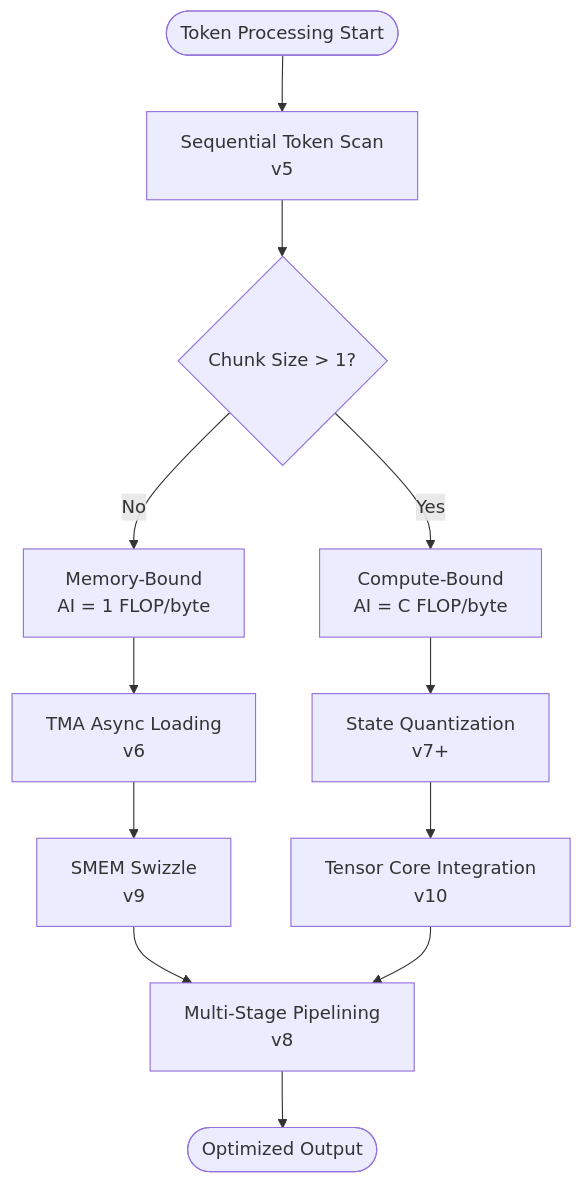
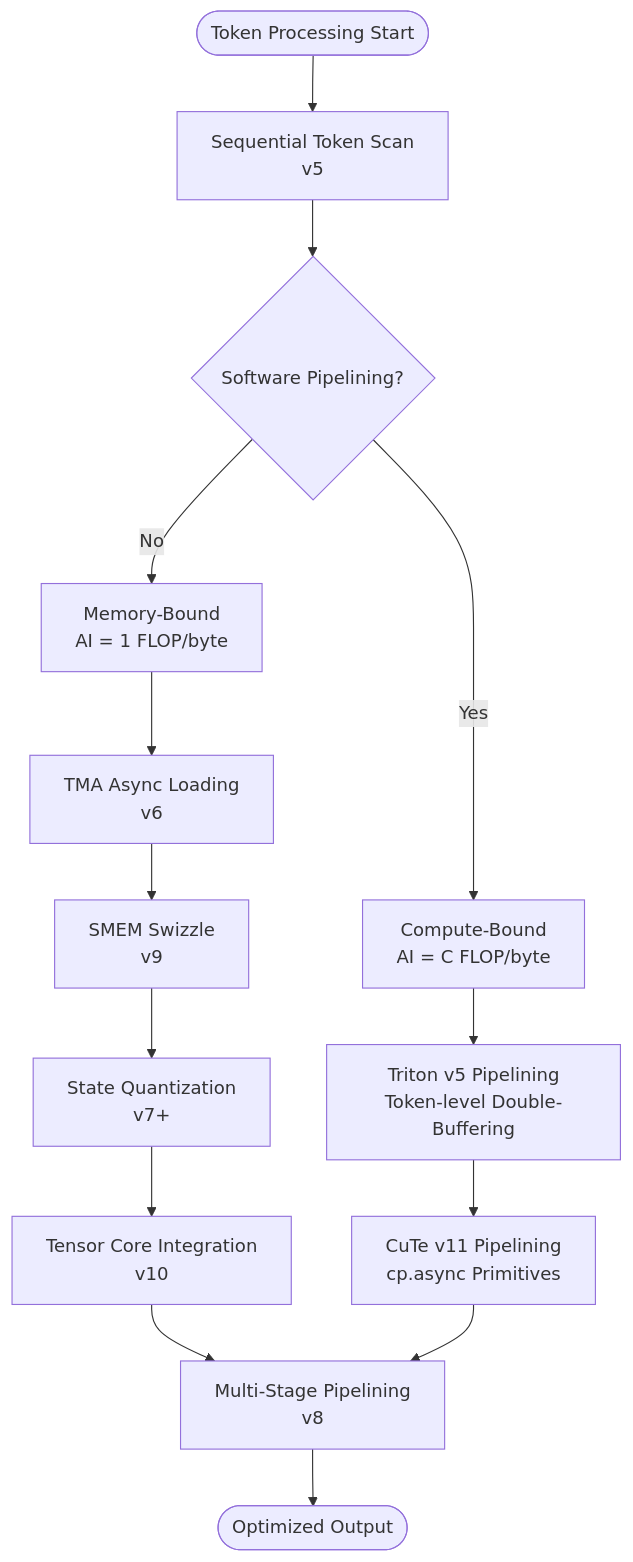
One commit to gugudeshubao/flashinfer-bench-tma-thrust changed the second of 21 diagrams in .qoder/repowiki/en/content/GDN Prefill Kernel Optimization.md. Above: the diagram before and after it, drawn with Mermaid. The commit also changed other lines of this file and 19 other files, not shown here.

````diff
--- a/.qoder/repowiki/en/content/GDN Prefill Kernel Optimization.md
+++ b/.qoder/repowiki/en/content/GDN Prefill Kernel Optimization.md
@@ -117,14 +140,16 @@
 ```mermaid
 flowchart TD
 Start(["Token Processing Start"]) --> SeqScan["Sequential Token Scan<br/>v5"]
-SeqScan --> Chunking{"Chunk Size > 1?"}
-Chunking --> |No| MemoryBound["Memory-Bound<br/>AI = 1 FLOP/byte"]
-Chunking --> |Yes| ComputeBound["Compute-Bound<br/>AI = C FLOP/byte"]
+SeqScan --> Pipelining{"Software Pipelining?"}
+Pipelining --> |No| MemoryBound["Memory-Bound<br/>AI = 1 FLOP/byte"]
+Pipelining --> |Yes| ComputeBound["Compute-Bound<br/>AI = C FLOP/byte"]
 MemoryBound --> TMA["TMA Async Loading<br/>v6"]
-ComputeBound --> Quant["State Quantization<br/>v7+"]
+ComputeBound --> TritonV5["Triton v5 Pipelining<br/>Token-level Double-Buffering"]
 TMA --> Swizzle["SMEM Swizzle<br/>v9"]
+TritonV5 --> CuTeV11["CuTe v11 Pipelining<br/>cp.async Primitives"]
+Swizzle --> Quant["State Quantization<br/>v7+"]
 Quant --> TensorCore["Tensor Core Integration<br/>v10"]
-Swizzle --> Pipeline["Multi-Stage Pipelining<br/>v8"]
-TensorCore --> Pipeline
+TensorCore --> Pipeline["Multi-Stage Pipelining<br/>v8"]
+CuTeV11 --> Pipeline
 Pipeline --> End(["Optimized Output"])
 ```
````
